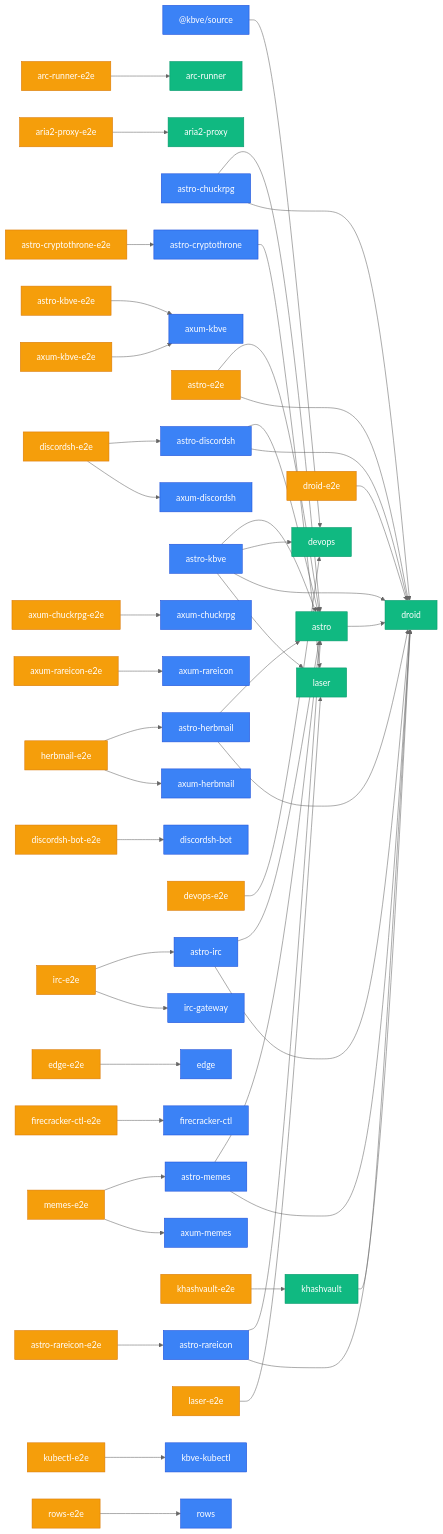
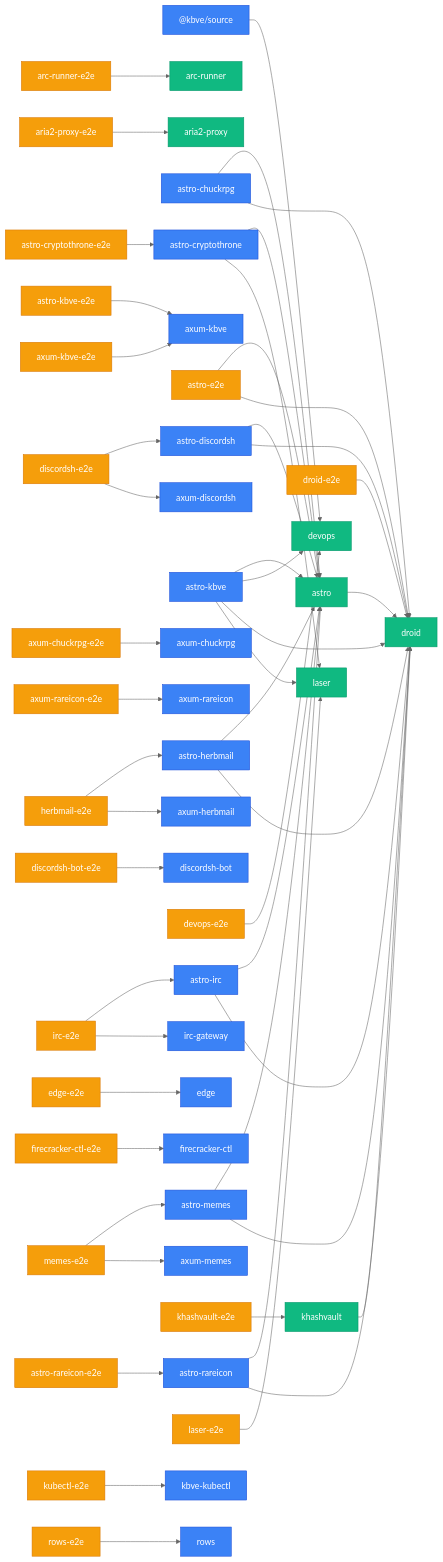
One commit to KBVE/kbve changed the third of 3 diagrams in apps/kbve/astro-kbve/src/content/docs/dashboard/graph.mdx. Above: the diagram before and after it, drawn with Mermaid (neutral theme). The commit also changed other lines of this file and 8 other files, not shown here.

````diff
--- a/apps/kbve/astro-kbve/src/content/docs/dashboard/graph.mdx
+++ b/apps/kbve/astro-kbve/src/content/docs/dashboard/graph.mdx
@@ -79,56 +79,57 @@
 ```mermaid
 graph LR
     classDef app fill:#3b82f6,stroke:#1d4ed8,color:#fff
     classDef lib fill:#10b981,stroke:#059669,color:#fff
     classDef e2e fill:#f59e0b,stroke:#d97706,color:#fff
     _kbve_source["@kbve/source"] --> devops["devops"]
     arc_runner_e2e["arc-runner-e2e"] --> arc_runner["arc-runner"]
     aria2_proxy_e2e["aria2-proxy-e2e"] --> aria2_proxy["aria2-proxy"]
     astro["astro"] --> droid["droid"]
     astro_chuckrpg["astro-chuckrpg"] --> astro["astro"]
     astro_chuckrpg["astro-chuckrpg"] --> droid["droid"]
+    astro_cryptothrone["astro-cryptothrone"] --> astro["astro"]
     astro_cryptothrone["astro-cryptothrone"] --> laser["laser"]
     astro_cryptothrone_e2e["astro-cryptothrone-e2e"] --> astro_cryptothrone["astro-cryptothrone"]
     astro_discordsh["astro-discordsh"] --> astro["astro"]
     astro_discordsh["astro-discordsh"] --> droid["droid"]
     astro_e2e["astro-e2e"] --> astro["astro"]
     astro_e2e["astro-e2e"] --> droid["droid"]
     astro_herbmail["astro-herbmail"] --> astro["astro"]
     astro_herbmail["astro-herbmail"] --> droid["droid"]
     astro_irc["astro-irc"] --> astro["astro"]
     astro_irc["astro-irc"] --> droid["droid"]
     astro_kbve["astro-kbve"] --> astro["astro"]
     astro_kbve["astro-kbve"] --> devops["devops"]
     astro_kbve["astro-kbve"] --> droid["droid"]
     astro_kbve["astro-kbve"] --> laser["laser"]
     astro_kbve_e2e["astro-kbve-e2e"] --> axum_kbve["axum-kbve"]
     astro_memes["astro-memes"] --> astro["astro"]
     astro_memes["astro-memes"] --> droid["droid"]
     astro_rareicon["astro-rareicon"] --> astro["astro"]
     astro_rareicon["astro-rareicon"] --> droid["droid"]
     astro_rareicon_e2e["astro-rareicon-e2e"] --> astro_rareicon["astro-rareicon"]
     axum_chuckrpg_e2e["axum-chuckrpg-e2e"] --> axum_chuckrpg["axum-chuckrpg"]
     axum_kbve_e2e["axum-kbve-e2e"] --> axum_kbve["axum-kbve"]
     axum_rareicon_e2e["axum-rareicon-e2e"] --> axum_rareicon["axum-rareicon"]
     devops_e2e["devops-e2e"] --> devops["devops"]
     discordsh_bot_e2e["discordsh-bot-e2e"] --> discordsh_bot["discordsh-bot"]
     discordsh_e2e["discordsh-e2e"] --> astro_discordsh["astro-discordsh"]
     discordsh_e2e["discordsh-e2e"] --> axum_discordsh["axum-discordsh"]
     droid_e2e["droid-e2e"] --> droid["droid"]
     edge_e2e["edge-e2e"] --> edge["edge"]
     firecracker_ctl_e2e["firecracker-ctl-e2e"] --> firecracker_ctl["firecracker-ctl"]
     herbmail_e2e["herbmail-e2e"] --> astro_herbmail["astro-herbmail"]
     herbmail_e2e["herbmail-e2e"] --> axum_herbmail["axum-herbmail"]
     irc_e2e["irc-e2e"] --> astro_irc["astro-irc"]
     irc_e2e["irc-e2e"] --> irc_gateway["irc-gateway"]
     khashvault["khashvault"] --> droid["droid"]
     khashvault_e2e["khashvault-e2e"] --> khashvault["khashvault"]
     kubectl_e2e["kubectl-e2e"] --> kbve_kubectl["kbve-kubectl"]
     laser_e2e["laser-e2e"] --> laser["laser"]
     memes_e2e["memes-e2e"] --> astro_memes["astro-memes"]
     memes_e2e["memes-e2e"] --> axum_memes["axum-memes"]
     rows_e2e["rows-e2e"] --> rows["rows"]
     class _kbve_source,agones_factorio,agones_factorio_relay,angelscript,astro_chuckrpg,astro_cryptothrone,astro_discordsh,astro_herbmail,astro_irc,astro_kbve,astro_memes,astro_rareicon,axum_chuckrpg,axum_cryptothrone,axum_discordsh,axum_herbmail,axum_kbve,axum_memes,axum_rareicon,cryptothrone,desktop_kbve,discordsh,discordsh_bot,edge,firecracker_ctl,herbmail,iot_edge_worker,irc,irc_gateway,isometric,kbve_kubectl,kbve_spider,kilobase,mc,mc_lobby,mc_velocity,memes,nd_server,nexus_defense,notification_bot,pydesk,rows,unity_rareicon,unreal_chuck app
     class arc_runner,aria2_proxy,astro,bevy_battle,bevy_behavior,bevy_cam,bevy_chat,bevy_db,bevy_inventory,bevy_items,bevy_kbve_net,bevy_mapdb,bevy_npc,bevy_pathfinder,bevy_player,bevy_quests,bevy_skills,bevy_statemachine,bevy_supa,bevy_tasker,chisel_ubuntu_axum,data_proto,data_sql,devops,droid,erust,firecracker_node_web,firecracker_python_net,firecracker_python_web,holy,jedi,kasm_cloakbrowser,kasm_void,kbve,khashvault,laser,python_fudster,python_kbve,q,steamcmd_ubuntu,uniti lib
     class arc_runner_e2e,aria2_proxy_e2e,astro_cryptothrone_e2e,astro_e2e,astro_kbve_e2e,astro_rareicon_e2e,axum_chuckrpg_e2e,axum_kbve_e2e,axum_rareicon_e2e,devops_e2e,discordsh_bot_e2e,discordsh_e2e,droid_e2e,edge_e2e,firecracker_ctl_e2e,herbmail_e2e,irc_e2e,khashvault_e2e,kubectl_e2e,laser_e2e,memes_e2e,rows_e2e e2e
 ```
````
